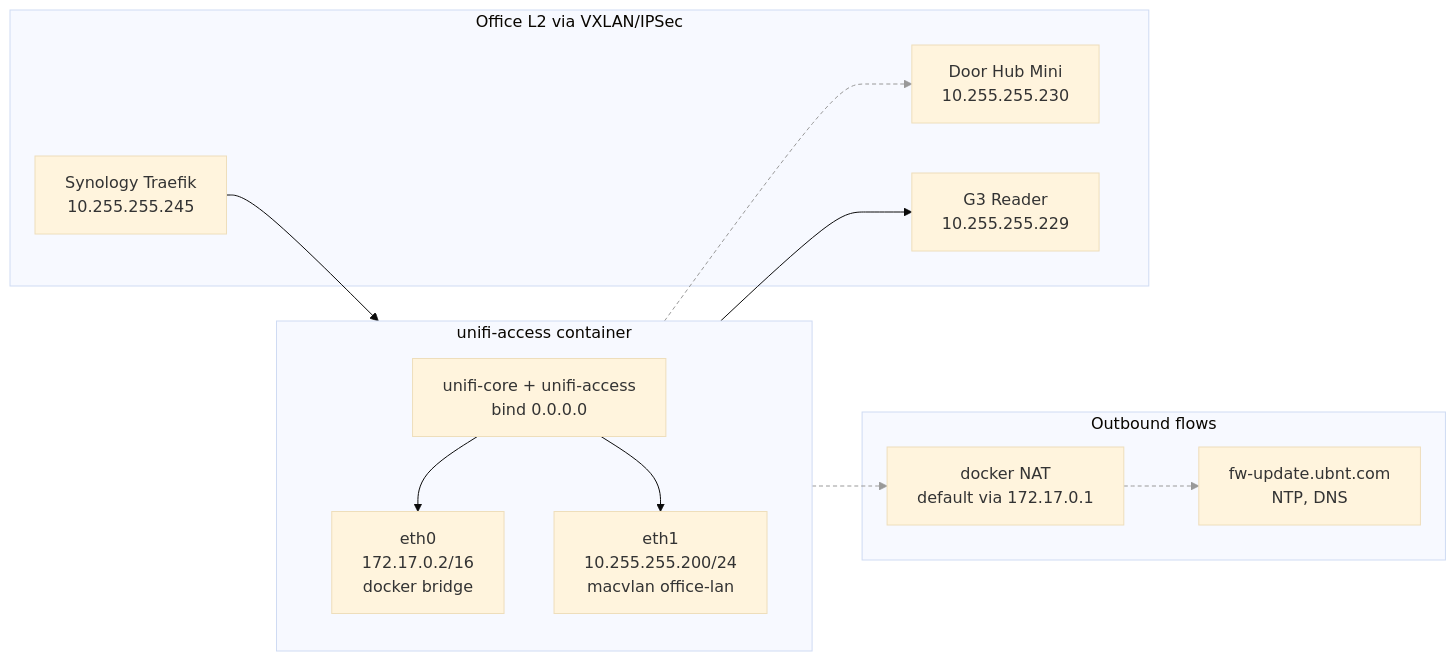
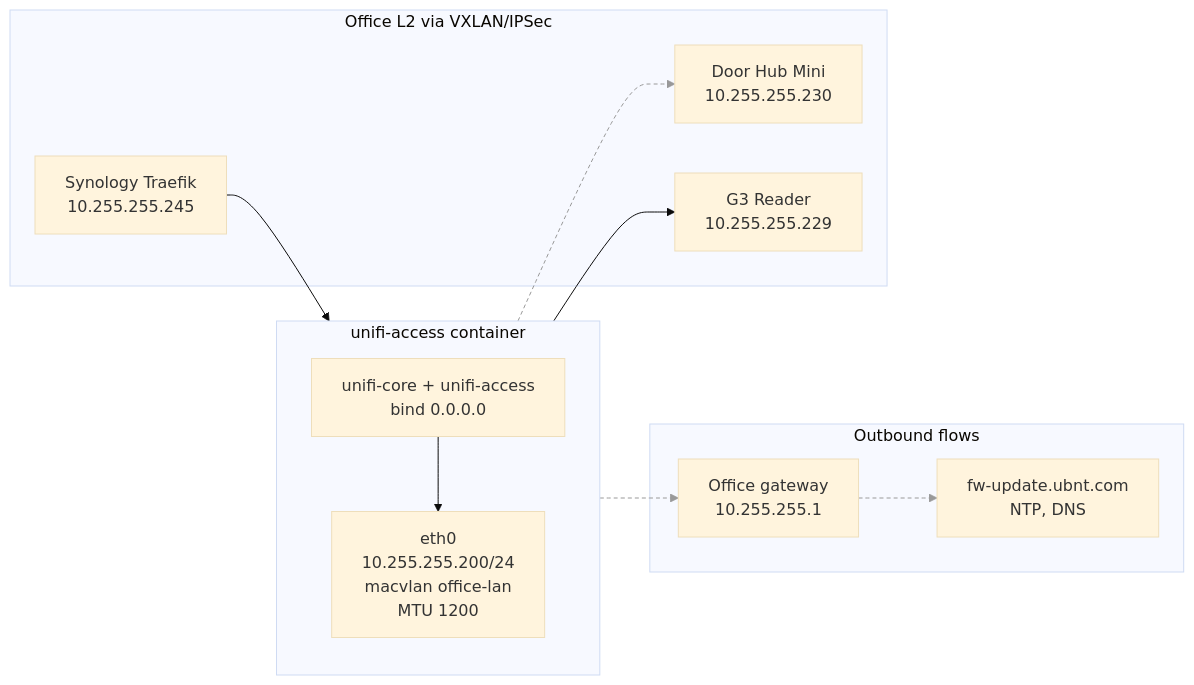
The tenth of 10 diagrams in content/posts/2026-05-24-unifi-access-vxlan-over-ipsec/index.md (kuzaxak/blog), drawn with Mermaid (base theme) before and after one commit. The commit also changed other lines of this file, not shown here.

Commit message:
Add multinet and MTU parts to the Unify article

````diff
--- a/content/posts/2026-05-24-unifi-access-vxlan-over-ipsec/index.md
+++ b/content/posts/2026-05-24-unifi-access-vxlan-over-ipsec/index.md
@@ -745,31 +926,29 @@
 ```mermaid
 flowchart LR
     subgraph Container["unifi-access container"]
         direction TB
         Apps[unifi-core + unifi-access<br/>bind 0.0.0.0]
-        eth0[eth0<br/>172.17.0.2/16<br/>docker bridge]
-        eth1[eth1<br/>10.255.255.200/24<br/>macvlan office-lan]
+        eth0[eth0<br/>10.255.255.200/24<br/>macvlan office-lan<br/>MTU 1200]
         Apps --> eth0
-        Apps --> eth1
     end
 
     subgraph Internet["Outbound flows"]
-        NAT[docker NAT<br/>default via 172.17.0.1]
+        GW[Office gateway<br/>10.255.255.1]
         FW[fw-update.ubnt.com<br/>NTP, DNS]
     end
 
     subgraph Office["Office L2 via VXLAN/IPSec"]
         Hub[Door Hub Mini<br/>10.255.255.230]
         Reader[G3 Reader<br/>10.255.255.229]
         Synology[Synology Traefik<br/>10.255.255.245]
     end
 
-    eth0 --> NAT --> FW
-    eth1 --> Hub
-    eth1 --> Reader
-    Synology --> eth1
+    eth0 --> GW --> FW
+    eth0 --> Hub
+    eth0 --> Reader
+    Synology --> eth0
 
+    linkStyle 1 stroke:#999,stroke-dasharray:4 3
     linkStyle 2 stroke:#999,stroke-dasharray:4 3
     linkStyle 3 stroke:#999,stroke-dasharray:4 3
-    linkStyle 4 stroke:#999,stroke-dasharray:4 3
 ```
````
